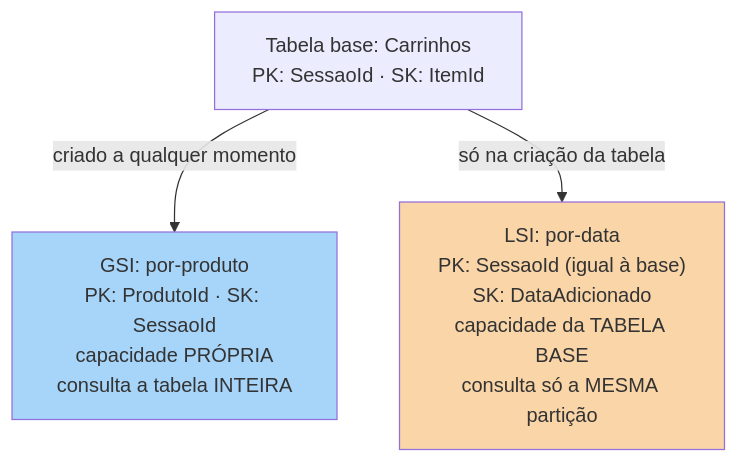
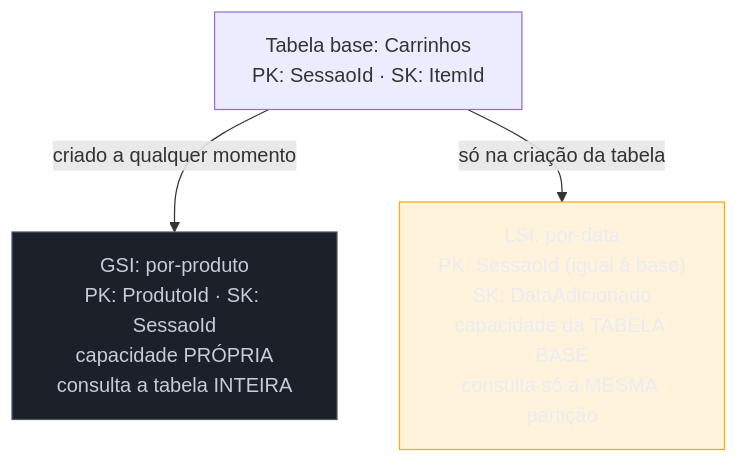
Before and after one commit to josenaldo/codex-technomanticus: the third of 3 diagrams in 03-Dominios/Tecnologia/Cloud/09 - Bancos gerenciados/05 - NoSQL gerenciado (DynamoDB).md, drawn with Mermaid. The commit also changed other lines of this file and 1181 other files, not shown here.

First line of the commit message:
fix(diagramas): paleta do sistema no lugar de cor cravada no markdown

````diff
--- a/03-Dominios/Tecnologia/Cloud/09 - Bancos gerenciados/05 - NoSQL gerenciado (DynamoDB).md
+++ b/03-Dominios/Tecnologia/Cloud/09 - Bancos gerenciados/05 - NoSQL gerenciado (DynamoDB).md
@@ -147,12 +151,14 @@
 ```mermaid
 flowchart TB
+    classDef neutro fill:#1B2029,stroke:#4E5666,color:#C6CCD8
+    classDef destaque fill:#FFAA0024,stroke:#FFAA00,color:#E9ECF2
     Base["Tabela base: Carrinhos<br/>PK: SessaoId · SK: ItemId"]
     GSI["GSI: por-produto<br/>PK: ProdutoId · SK: SessaoId<br/>capacidade PRÓPRIA<br/>consulta a tabela INTEIRA"]
     LSI["LSI: por-data<br/>PK: SessaoId (igual à base)<br/>SK: DataAdicionado<br/>capacidade da TABELA BASE<br/>consulta só a MESMA partição"]
 
     Base -->|"criado a qualquer momento"| GSI
     Base -->|"só na criação da tabela"| LSI
 
-    style GSI fill:#a7d5f9
-    style LSI fill:#f9d5a7
+    class GSI neutro
+    class LSI destaque
 ```
````
